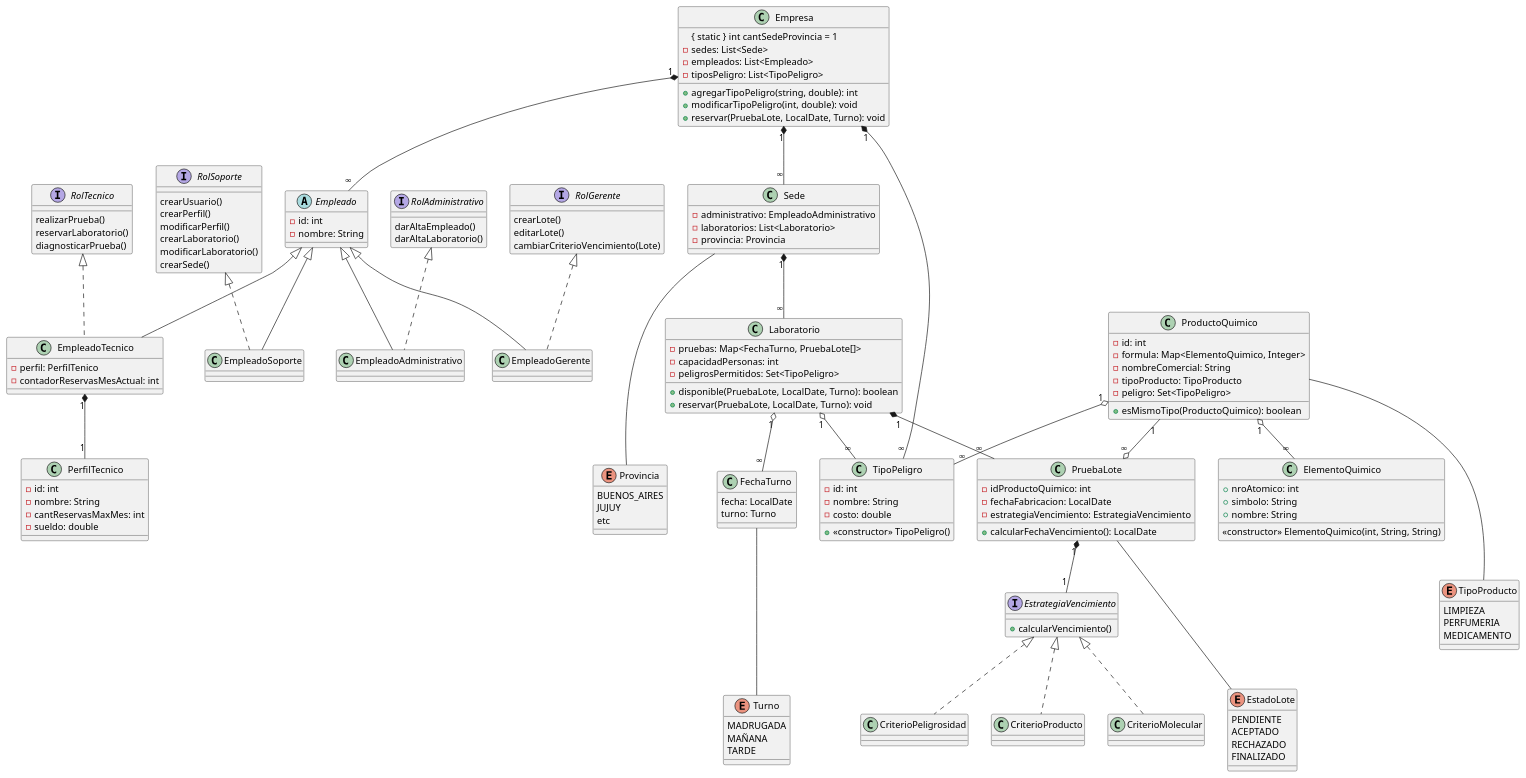
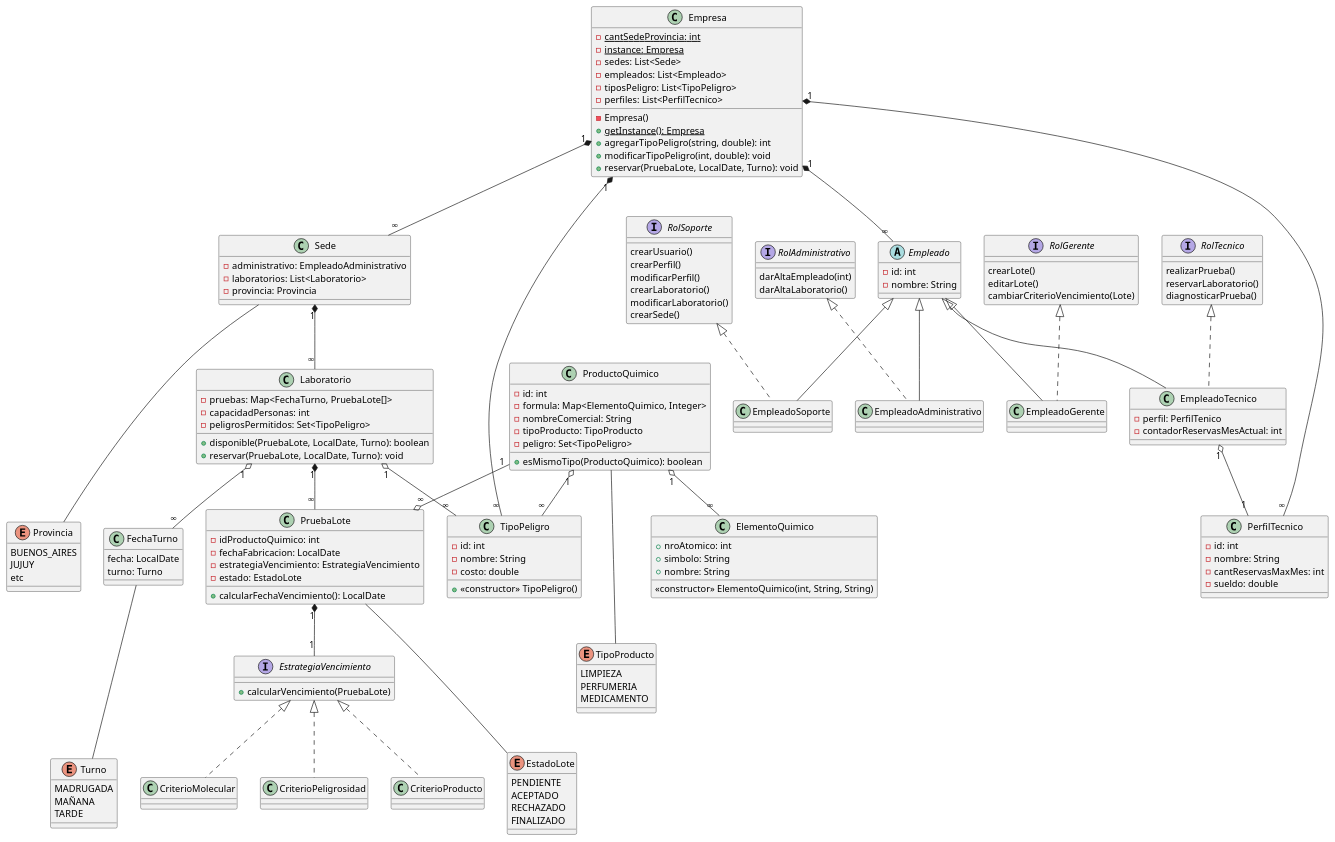
Before and after one commit to SrBigotones/UADE_TPO_OOP: the diagram in diagramas/clases.plantuml, drawn with PlantUML.

Commit message:
Se agrega patron singletone a la clase Empresa

```diff
--- a/diagramas/clases.plantuml
+++ b/diagramas/clases.plantuml
@@ -1,176 +1,180 @@
 @startuml
 
 class Empresa {
-  { static } int cantSedeProvincia = 1
+  {static} - cantSedeProvincia: int
+  {static} - instance: Empresa
+  - Empresa()
   - sedes: List<Sede>
   - empleados: List<Empleado>
   - tiposPeligro: List<TipoPeligro>
+  - perfiles: List<PerfilTecnico>
+  {static} + getInstance(): Empresa
   + agregarTipoPeligro(string, double): int
   + modificarTipoPeligro(int, double): void
   + reservar(PruebaLote, LocalDate, Turno): void
 }
 
 class Sede {
   - administrativo: EmpleadoAdministrativo
   - laboratorios: List<Laboratorio>
   - provincia: Provincia
 }
 
 enum Provincia {
   BUENOS_AIRES
   JUJUY
   etc
 }
 
 class ProductoQuimico {
   - id: int
   - formula: Map<ElementoQuimico, Integer>
   - nombreComercial: String
   - tipoProducto: TipoProducto
   - peligro: Set<TipoPeligro>
   + esMismoTipo(ProductoQuimico): boolean
 }
 
 class PruebaLote {
   - idProductoQuimico: int
   - fechaFabricacion: LocalDate
   - estrategiaVencimiento: EstrategiaVencimiento
+  - estado: EstadoLote
   + calcularFechaVencimiento(): LocalDate
 }
 
 interface EstrategiaVencimiento {
-  + calcularVencimiento()
+  + calcularVencimiento(PruebaLote)
 }
 
-class CriterioPeligrosidad implements EstrategiaVencimiento{}
-class CriterioProducto implements EstrategiaVencimiento{}
-class CriterioMolecular implements EstrategiaVencimiento{}
+class CriterioPeligrosidad implements EstrategiaVencimiento {}
+class CriterioProducto implements EstrategiaVencimiento {}
+class CriterioMolecular implements EstrategiaVencimiento {}
 
 
 enum TipoProducto {
   LIMPIEZA
   PERFUMERIA
   MEDICAMENTO
 }
 
 enum EstadoLote {
   PENDIENTE
   ACEPTADO
   RECHAZADO
   FINALIZADO
 }
 
 enum Turno {
   '0 a 6hs'
-  MADRUGADA 
+  MADRUGADA
   '8 a 14hs'
   MAÑANA
   '16 a 22hs'
-  TARDE 
+  TARDE
 }
 
 class ElementoQuimico {
   + nroAtomico: int
   + simbolo: String
   + nombre: String
   << constructor >> ElementoQuimico(int, String, String)
 }
 
 abstract class Empleado {
   - id: int
   - nombre: String
 }
 
 'Edita todo lo relacionado con los puestos y gesetion del sistema (SysAdmin)
-interface RolSoporte{
+interface RolSoporte {
   crearUsuario()
   crearPerfil()
   modificarPerfil()
   crearLaboratorio()
   modificarLaboratorio()
   crearSede()
 }
 
 'Encargado de habilitar los empleados y laboratorios para las sedes
-interface RolAdministrativo{
-  darAltaEmpleado()
+interface RolAdministrativo {
+  darAltaEmpleado(int)
   darAltaLaboratorio()
 }
 
 'Encargado de habilitar lotes y cambiar criterios de vencimiento
-interface RolGerente{
- crearLote()
- editarLote()
- cambiarCriterioVencimiento(Lote)
+interface RolGerente {
+  crearLote()
+  editarLote()
+  cambiarCriterioVencimiento(Lote)
 }
 
 'Encargado de realizar pruebas/reservas
-interface RolTecnico{
+interface RolTecnico {
   realizarPrueba()
   reservarLaboratorio()
   diagnosticarPrueba()
 }
 
-class EmpleadoSoporte extends Empleado implements RolSoporte{}
-class EmpleadoAdministrativo extends Empleado implements RolAdministrativo{}
-class EmpleadoGerente extends Empleado implements RolGerente{}
-class EmpleadoTecnico extends Empleado implements RolTecnico{
+class EmpleadoSoporte extends Empleado implements RolSoporte {}
+class EmpleadoAdministrativo extends Empleado implements RolAdministrativo {}
+class EmpleadoGerente extends Empleado implements RolGerente {}
+class EmpleadoTecnico extends Empleado implements RolTecnico {
   - perfil: PerfilTenico
   - contadorReservasMesActual: int
 }
 
 
-class PerfilTecnico{
- - id: int
- - nombre: String
- - cantReservasMaxMes: int
- - sueldo: double
+class PerfilTecnico {
+  - id: int
+  - nombre: String
+  - cantReservasMaxMes: int
+  - sueldo: double
 }
 
 ' Se puede reservar si: '
 ' - Cantidad de personas de mi prueba es <= la cantidad personas que tiene la prueba'
 '   ya existente '
 ' - Toxicidades sean compatibles entre producto y laboratorio '
 ' - Tipo de producto compatible entre pruebas '
 class Laboratorio {
   - pruebas: Map<FechaTurno, PruebaLote[]>
   - capacidadPersonas: int
   - peligrosPermitidos: Set<TipoPeligro>
-'disponible devuelve true si hay una lugar disponible para una nueva prueba y,
-'en caso de haber otra prueba en curso, si el producto es compatible con mi prueba'
+  'disponible devuelve true si hay una lugar disponible para una nueva prueba y,
+  'en caso de haber otra prueba en curso, si el producto es compatible con mi prueba'
   + disponible(PruebaLote, LocalDate, Turno): boolean
   + reservar(PruebaLote, LocalDate, Turno): void
 }
 
 class FechaTurno {
   fecha: LocalDate
   turno: Turno
 }
 
 class TipoPeligro {
   - id: int
   - nombre: String
   - costo: double
   + <<constructor>> TipoPeligro()
 }
 
-
-
 Empresa "1" *--	"∞" Sede
 Sede "1" *-- "∞" Laboratorio
 Sede --- Provincia
 Laboratorio "1" o-- "∞" TipoPeligro
 Empresa "1" *-- "∞" TipoPeligro
 ProductoQuimico --- TipoProducto
 ProductoQuimico "1" o-- "∞" TipoPeligro
 ProductoQuimico "1" --o "∞" PruebaLote
 PruebaLote --- EstadoLote
 Laboratorio "1" o-- "∞" FechaTurno
 FechaTurno --- Turno
 Laboratorio "1" *-- "∞" PruebaLote
 ProductoQuimico "1" o-- "∞" ElementoQuimico
 Empresa "1" *-- "∞" Empleado
 PruebaLote "1" *-- "1" EstrategiaVencimiento
-EmpleadoTecnico "1" *-- "1" PerfilTecnico
+EmpleadoTecnico "1" o-- "1" PerfilTecnico
+Empresa "1" *-- "∞" PerfilTecnico
 
 @enduml
```
